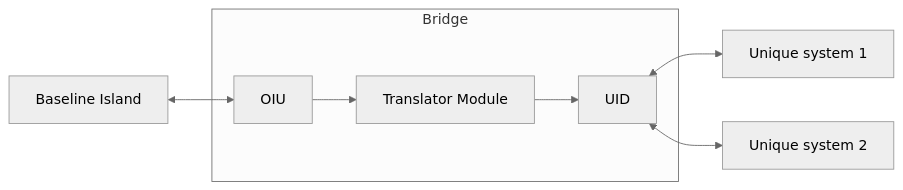
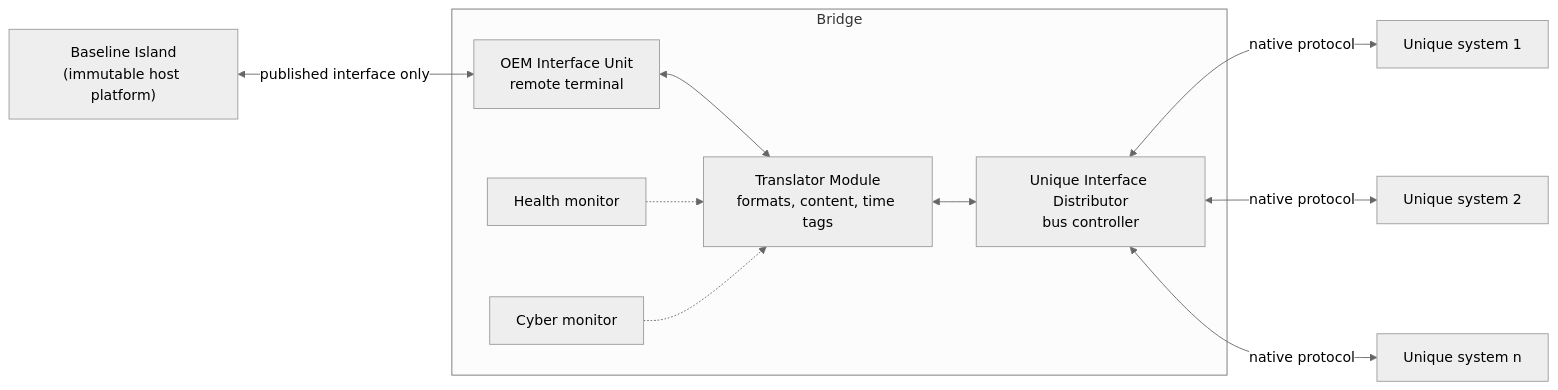
Before and after one commit to tkaiagent123/bridge-island: the diagram in docs/index.md, drawn with Mermaid (neutral theme). The commit also changed other lines of this file and 12 other files, not shown here.

````diff
--- a/docs/index.md
+++ b/docs/index.md
@@ -6,9 +13,13 @@
 ```mermaid
 flowchart LR
-    B[Baseline Island] <--> OIU
+    B["Baseline Island<br/>(immutable host platform)"] <-->|published interface only| OIU
     subgraph Bridge
-        OIU --> TM[Translator Module] --> UID
+        OIU["OEM Interface Unit<br/>remote terminal"] <--> TM["Translator Module<br/>formats, content, time tags"]
+        TM <--> UID["Unique Interface Distributor<br/>bus controller"]
+        H["Health monitor"] -.-> TM
+        C["Cyber monitor"] -.-> TM
     end
-    UID <--> U1[Unique system 1]
-    UID <--> U2[Unique system 2]
+    UID <-->|native protocol| U1["Unique system 1"]
+    UID <-->|native protocol| U2["Unique system 2"]
+    UID <-->|native protocol| U3["Unique system n"]
 ```
````
